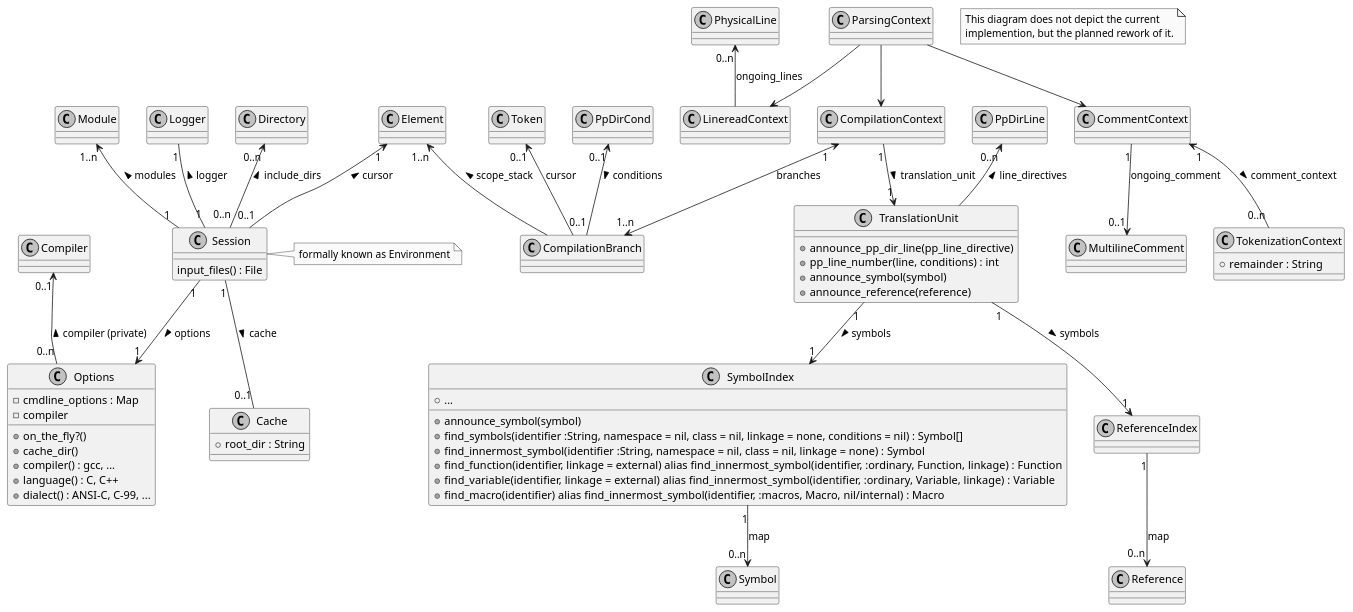
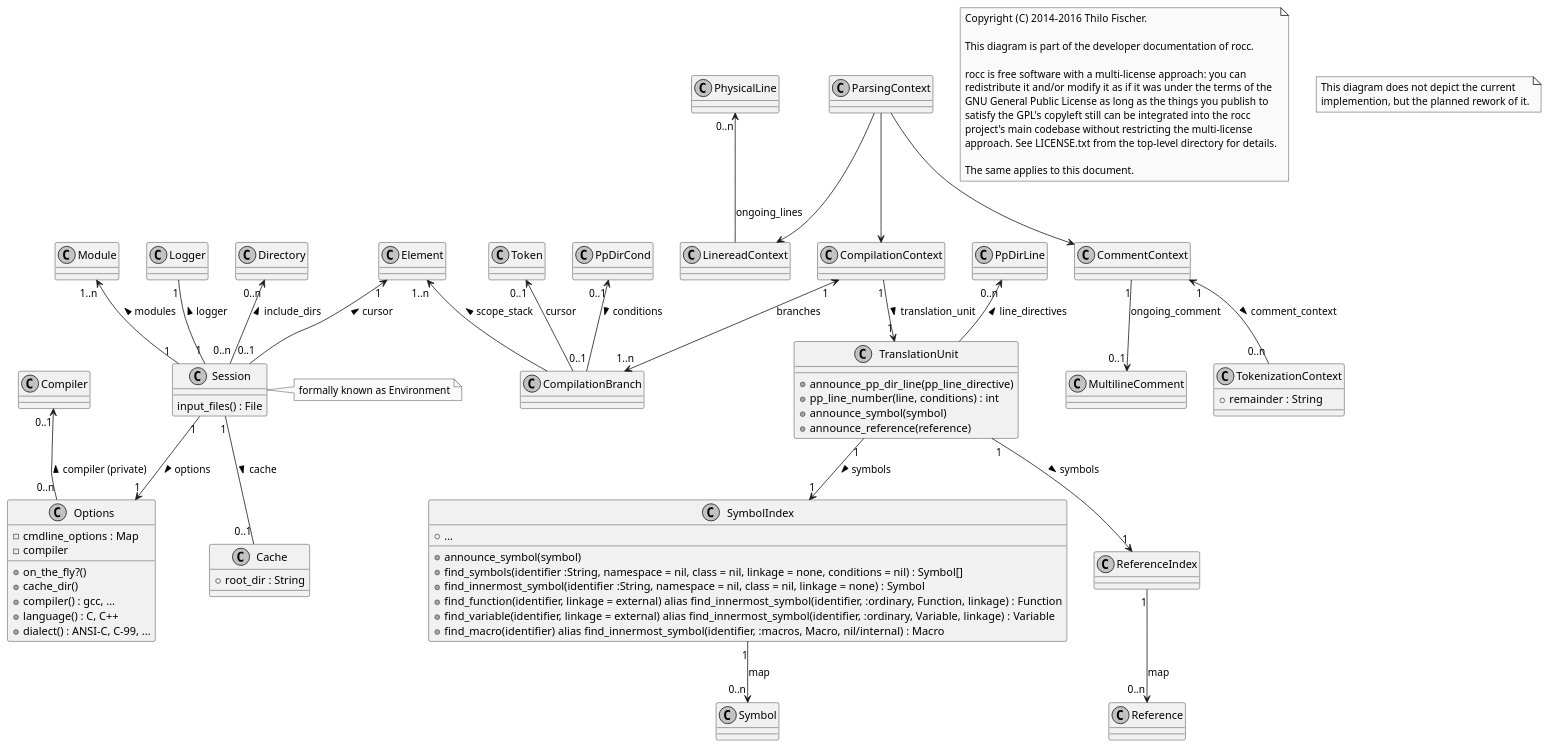
Before and after one commit to thilo-fischer/rocc: the diagram in design/operational.puml, drawn with PlantUML. The commit also changed 59 other files, not shown here.

```diff
--- a/design/operational.puml
+++ b/design/operational.puml
@@ -1,97 +1,109 @@
 @startuml
 
-' Copyright (C) 2014-2015  Thilo Fischer.
-' Free for non-commercial and most commercial use. See LICENSE.txt for details.
+note as copyright_note
+  Copyright (C) 2014-2016  Thilo Fischer.
+  
+  This diagram is part of the developer documentation of rocc.
+ 
+  rocc is free software with a multi-license approach: you can
+  redistribute it and/or modify it as if it was under the terms of the
+  GNU General Public License as long as the things you publish to
+  satisfy the GPL's copyleft still can be integrated into the rocc
+  project's main codebase without restricting the multi-license
+  approach. See LICENSE.txt from the top-level directory for details.
+ 
+  The same applies to this document.
+end note
 
 skinparam monochrome true
 
 note as N1
   This diagram does not depict the current
   implemention, but the planned rework of it.
 end note
 
 class Session {
   ' All the main_files of the translation units that make up the modules
   input_files() : File
 }
 note right: formally known as Environment
 Logger "1" -- "1" Session : logger <
 ' From the Elements UML diagram
 Element "1" <-- "0..1" Session : cursor <
 Directory "0..n" <-- "0..n" Session : include_dirs <
 Module "1..n" <-- "1" Session : modules <
 
 class Options {
   + on_the_fly?()
   ' path to the cache directory, Session will create its cache from this
   + cache_dir()
   ' emulate a certain compilers command line argument processing (and possibly other behaviour)
   + compiler() : gcc, ...
   + language() : C, C++
   + dialect() : ANSI-C, C-99, ...
   - cmdline_options : Map
   - compiler
 }
 Session "1" --> "1" Options : options >
 Compiler "0..1" <-- "0..n" Options : compiler (private) <
 
 class Cache {
   + root_dir : String
 }
 ' Normally it is 1--1, but cache multiplicity may be 0 for on-the-fly invokations
 Session "1" -- "0..1" Cache : cache >
 
 class ParsingContext {
 }
 
 ParsingContext --> LinereadContext
 PhysicalLine "0..n" <-- LinereadContext : ongoing_lines
 
 ParsingContext --> CommentContext
 ' Refers to a comment if the comment's beginning has already been parsed, but the comment's ending has not yet been found (e.g. block comments that span several lines)
 CommentContext "1" --> "0..1" MultilineComment : ongoing_comment
 
 ParsingContext --> CompilationContext
 class CompilationContext {
 }
 CompilationContext "1" <--> "1..n" CompilationBranch : branches
 
 class TokenizationContext {
 ' remaining charactres of current line to tokenize
 + remainder : String
 }
 CommentContext "1" <-- "0..n" TokenizationContext : comment_context >
 
 ' array of all preprocessing conditional branches chosen
 PpDirCond "0..1" <-- "0..1" CompilationBranch : conditions >
 
 Token "0..1" <-- CompilationBranch : cursor
 
 ' Which namespace, class, function, compound statement, etc. are we in at the current position in source code (formally known as expansion_stack)
 Element "1..n" <-- CompilationBranch : scope_stack <
 
 class TranslationUnit {
   + announce_pp_dir_line(pp_line_directive)
   + pp_line_number(line, conditions) : int
   + announce_symbol(symbol)
   + announce_reference(reference)
 }
 CompilationContext "1" --> "1" TranslationUnit : translation_unit >
 PpDirLine "0..n" <-- TranslationUnit : line_directives <
 
 class SymbolIndex {
 + announce_symbol(symbol)
 + find_symbols(identifier :String, namespace = nil, class = nil, linkage = none, conditions = nil) : Symbol[]
 + find_innermost_symbol(identifier :String, namespace = nil, class = nil, linkage = none) : Symbol
 + find_function(identifier, linkage = external) alias find_innermost_symbol(identifier, :ordinary, Function, linkage) : Function
 + find_variable(identifier, linkage = external) alias find_innermost_symbol(identifier, :ordinary, Variable, linkage) : Variable
 + find_macro(identifier) alias find_innermost_symbol(identifier, :macros, Macro, nil/internal) : Macro
 + ...
 }
 TranslationUnit "1" --> "1" SymbolIndex : symbols >
 SymbolIndex "1" --> "0..n" Symbol : map
 
 TranslationUnit "1" --> "1" ReferenceIndex : symbols >
 ReferenceIndex "1" --> "0..n" Reference : map
 
 @enduml
```
